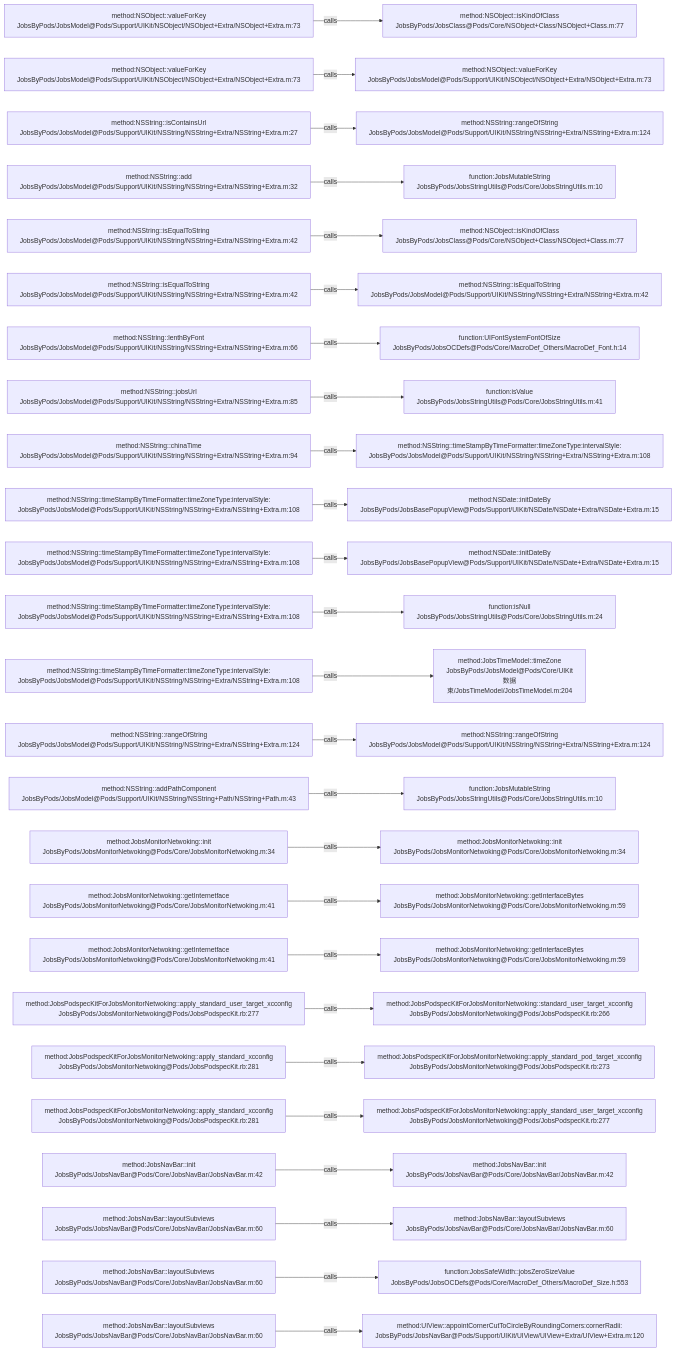
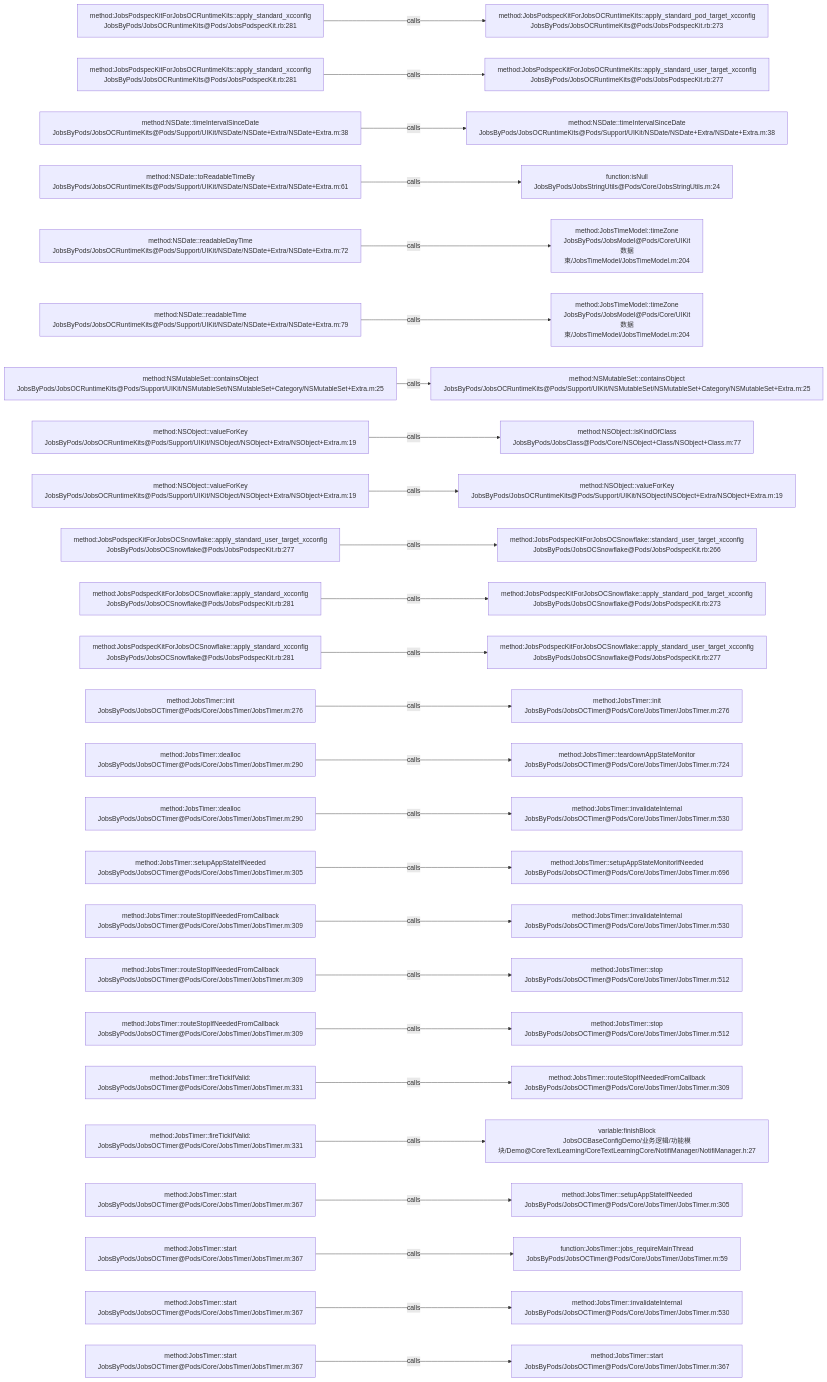
One commit to JobsKits/JobsOCBaseConfigDemo changed the diagram in .codegraph/codegraph.md/graphs/calls-144.md. Above: the diagram before and after it, drawn with Mermaid. The commit also changed 1026 other files, not shown here.

````diff
--- a/.codegraph/codegraph.md/graphs/calls-144.md
+++ b/.codegraph/codegraph.md/graphs/calls-144.md
@@ -13,78 +13,78 @@
 ```mermaid
 flowchart LR
-  S1["method:NSObject::valueForKey<br/>JobsByPods/JobsModel@Pods/Support/UIKit/NSObject/NSObject+Extra/NSObject+Extra.m:73"]
-  T1["method:NSObject::isKindOfClass<br/>JobsByPods/JobsClass@Pods/Core/NSObject+Class/NSObject+Class.m:77"]
+  S1["method:JobsPodspecKitForJobsOCRuntimeKits::apply_standard_xcconfig<br/>JobsByPods/JobsOCRuntimeKits@Pods/JobsPodspecKit.rb:281"]
+  T1["method:JobsPodspecKitForJobsOCRuntimeKits::apply_standard_pod_target_xcconfig<br/>JobsByPods/JobsOCRuntimeKits@Pods/JobsPodspecKit.rb:273"]
   S1 -->|calls| T1
-  S2["method:NSObject::valueForKey<br/>JobsByPods/JobsModel@Pods/Support/UIKit/NSObject/NSObject+Extra/NSObject+Extra.m:73"]
-  T2["method:NSObject::valueForKey<br/>JobsByPods/JobsModel@Pods/Support/UIKit/NSObject/NSObject+Extra/NSObject+Extra.m:73"]
+  S2["method:JobsPodspecKitForJobsOCRuntimeKits::apply_standard_xcconfig<br/>JobsByPods/JobsOCRuntimeKits@Pods/JobsPodspecKit.rb:281"]
+  T2["method:JobsPodspecKitForJobsOCRuntimeKits::apply_standard_user_target_xcconfig<br/>JobsByPods/JobsOCRuntimeKits@Pods/JobsPodspecKit.rb:277"]
   S2 -->|calls| T2
-  S3["method:NSString::isContainsUrl<br/>JobsByPods/JobsModel@Pods/Support/UIKit/NSString/NSString+Extra/NSString+Extra.m:27"]
-  T3["method:NSString::rangeOfString<br/>JobsByPods/JobsModel@Pods/Support/UIKit/NSString/NSString+Extra/NSString+Extra.m:124"]
+  S3["method:NSDate::timeIntervalSinceDate<br/>JobsByPods/JobsOCRuntimeKits@Pods/Support/UIKit/NSDate/NSDate+Extra/NSDate+Extra.m:38"]
+  T3["method:NSDate::timeIntervalSinceDate<br/>JobsByPods/JobsOCRuntimeKits@Pods/Support/UIKit/NSDate/NSDate+Extra/NSDate+Extra.m:38"]
   S3 -->|calls| T3
-  S4["method:NSString::add<br/>JobsByPods/JobsModel@Pods/Support/UIKit/NSString/NSString+Extra/NSString+Extra.m:32"]
-  T4["function:JobsMutableString<br/>JobsByPods/JobsStringUtils@Pods/Core/JobsStringUtils.m:10"]
+  S4["method:NSDate::toReadableTimeBy<br/>JobsByPods/JobsOCRuntimeKits@Pods/Support/UIKit/NSDate/NSDate+Extra/NSDate+Extra.m:61"]
+  T4["function:isNull<br/>JobsByPods/JobsStringUtils@Pods/Core/JobsStringUtils.m:24"]
   S4 -->|calls| T4
-  S5["method:NSString::isEqualToString<br/>JobsByPods/JobsModel@Pods/Support/UIKit/NSString/NSString+Extra/NSString+Extra.m:42"]
-  T5["method:NSObject::isKindOfClass<br/>JobsByPods/JobsClass@Pods/Core/NSObject+Class/NSObject+Class.m:77"]
+  S5["method:NSDate::readableDayTime<br/>JobsByPods/JobsOCRuntimeKits@Pods/Support/UIKit/NSDate/NSDate+Extra/NSDate+Extra.m:72"]
+  T5["method:JobsTimeModel::timeZone<br/>JobsByPods/JobsModel@Pods/Core/UIKit数据束/JobsTimeModel/JobsTimeModel.m:204"]
   S5 -->|calls| T5
-  S6["method:NSString::isEqualToString<br/>JobsByPods/JobsModel@Pods/Support/UIKit/NSString/NSString+Extra/NSString+Extra.m:42"]
-  T6["method:NSString::isEqualToString<br/>JobsByPods/JobsModel@Pods/Support/UIKit/NSString/NSString+Extra/NSString+Extra.m:42"]
+  S6["method:NSDate::readableTime<br/>JobsByPods/JobsOCRuntimeKits@Pods/Support/UIKit/NSDate/NSDate+Extra/NSDate+Extra.m:79"]
+  T6["method:JobsTimeModel::timeZone<br/>JobsByPods/JobsModel@Pods/Core/UIKit数据束/JobsTimeModel/JobsTimeModel.m:204"]
   S6 -->|calls| T6
-  S7["method:NSString::lenthByFont<br/>JobsByPods/JobsModel@Pods/Support/UIKit/NSString/NSString+Extra/NSString+Extra.m:66"]
-  T7["function:UIFontSystemFontOfSize<br/>JobsByPods/JobsOCDefs@Pods/Core/MacroDef_Others/MacroDef_Font.h:14"]
+  S7["method:NSMutableSet::containsObject<br/>JobsByPods/JobsOCRuntimeKits@Pods/Support/UIKit/NSMutableSet/NSMutableSet+Category/NSMutableSet+Extra.m:25"]
+  T7["method:NSMutableSet::containsObject<br/>JobsByPods/JobsOCRuntimeKits@Pods/Support/UIKit/NSMutableSet/NSMutableSet+Category/NSMutableSet+Extra.m:25"]
   S7 -->|calls| T7
-  S8["method:NSString::jobsUrl<br/>JobsByPods/JobsModel@Pods/Support/UIKit/NSString/NSString+Extra/NSString+Extra.m:85"]
-  T8["function:isValue<br/>JobsByPods/JobsStringUtils@Pods/Core/JobsStringUtils.m:41"]
+  S8["method:NSObject::valueForKey<br/>JobsByPods/JobsOCRuntimeKits@Pods/Support/UIKit/NSObject/NSObject+Extra/NSObject+Extra.m:19"]
+  T8["method:NSObject::isKindOfClass<br/>JobsByPods/JobsClass@Pods/Core/NSObject+Class/NSObject+Class.m:77"]
   S8 -->|calls| T8
-  S9["method:NSString::chinaTime<br/>JobsByPods/JobsModel@Pods/Support/UIKit/NSString/NSString+Extra/NSString+Extra.m:94"]
-  T9["method:NSString::timeStampByTimeFormatter:timeZoneType:intervalStyle:<br/>JobsByPods/JobsModel@Pods/Support/UIKit/NSString/NSString+Extra/NSString+Extra.m:108"]
+  S9["method:NSObject::valueForKey<br/>JobsByPods/JobsOCRuntimeKits@Pods/Support/UIKit/NSObject/NSObject+Extra/NSObject+Extra.m:19"]
+  T9["method:NSObject::valueForKey<br/>JobsByPods/JobsOCRuntimeKits@Pods/Support/UIKit/NSObject/NSObject+Extra/NSObject+Extra.m:19"]
   S9 -->|calls| T9
-  S10["method:NSString::timeStampByTimeFormatter:timeZoneType:intervalStyle:<br/>JobsByPods/JobsModel@Pods/Support/UIKit/NSString/NSString+Extra/NSString+Extra.m:108"]
-  T10["method:NSDate::initDateBy<br/>JobsByPods/JobsBasePopupView@Pods/Support/UIKit/NSDate/NSDate+Extra/NSDate+Extra.m:15"]
+  S10["method:JobsPodspecKitForJobsOCSnowflake::apply_standard_user_target_xcconfig<br/>JobsByPods/JobsOCSnowflake@Pods/JobsPodspecKit.rb:277"]
+  T10["method:JobsPodspecKitForJobsOCSnowflake::standard_user_target_xcconfig<br/>JobsByPods/JobsOCSnowflake@Pods/JobsPodspecKit.rb:266"]
   S10 -->|calls| T10
-  S11["method:NSString::timeStampByTimeFormatter:timeZoneType:intervalStyle:<br/>JobsByPods/JobsModel@Pods/Support/UIKit/NSString/NSString+Extra/NSString+Extra.m:108"]
-  T11["method:NSDate::initDateBy<br/>JobsByPods/JobsBasePopupView@Pods/Support/UIKit/NSDate/NSDate+Extra/NSDate+Extra.m:15"]
+  S11["method:JobsPodspecKitForJobsOCSnowflake::apply_standard_xcconfig<br/>JobsByPods/JobsOCSnowflake@Pods/JobsPodspecKit.rb:281"]
+  T11["method:JobsPodspecKitForJobsOCSnowflake::apply_standard_pod_target_xcconfig<br/>JobsByPods/JobsOCSnowflake@Pods/JobsPodspecKit.rb:273"]
   S11 -->|calls| T11
-  S12["method:NSString::timeStampByTimeFormatter:timeZoneType:intervalStyle:<br/>JobsByPods/JobsModel@Pods/Support/UIKit/NSString/NSString+Extra/NSString+Extra.m:108"]
-  T12["function:isNull<br/>JobsByPods/JobsStringUtils@Pods/Core/JobsStringUtils.m:24"]
+  S12["method:JobsPodspecKitForJobsOCSnowflake::apply_standard_xcconfig<br/>JobsByPods/JobsOCSnowflake@Pods/JobsPodspecKit.rb:281"]
+  T12["method:JobsPodspecKitForJobsOCSnowflake::apply_standard_user_target_xcconfig<br/>JobsByPods/JobsOCSnowflake@Pods/JobsPodspecKit.rb:277"]
   S12 -->|calls| T12
-  S13["method:NSString::timeStampByTimeFormatter:timeZoneType:intervalStyle:<br/>JobsByPods/JobsModel@Pods/Support/UIKit/NSString/NSString+Extra/NSString+Extra.m:108"]
-  T13["method:JobsTimeModel::timeZone<br/>JobsByPods/JobsModel@Pods/Core/UIKit数据束/JobsTimeModel/JobsTimeModel.m:204"]
+  S13["method:JobsTimer::init<br/>JobsByPods/JobsOCTimer@Pods/Core/JobsTimer/JobsTimer.m:276"]
+  T13["method:JobsTimer::init<br/>JobsByPods/JobsOCTimer@Pods/Core/JobsTimer/JobsTimer.m:276"]
   S13 -->|calls| T13
-  S14["method:NSString::rangeOfString<br/>JobsByPods/JobsModel@Pods/Support/UIKit/NSString/NSString+Extra/NSString+Extra.m:124"]
-  T14["method:NSString::rangeOfString<br/>JobsByPods/JobsModel@Pods/Support/UIKit/NSString/NSString+Extra/NSString+Extra.m:124"]
+  S14["method:JobsTimer::dealloc<br/>JobsByPods/JobsOCTimer@Pods/Core/JobsTimer/JobsTimer.m:290"]
+  T14["method:JobsTimer::teardownAppStateMonitor<br/>JobsByPods/JobsOCTimer@Pods/Core/JobsTimer/JobsTimer.m:724"]
   S14 -->|calls| T14
-  S15["method:NSString::addPathComponent<br/>JobsByPods/JobsModel@Pods/Support/UIKit/NSString/NSString+Path/NSString+Path.m:43"]
-  T15["function:JobsMutableString<br/>JobsByPods/JobsStringUtils@Pods/Core/JobsStringUtils.m:10"]
+  S15["method:JobsTimer::dealloc<br/>JobsByPods/JobsOCTimer@Pods/Core/JobsTimer/JobsTimer.m:290"]
+  T15["method:JobsTimer::invalidateInternal<br/>JobsByPods/JobsOCTimer@Pods/Core/JobsTimer/JobsTimer.m:530"]
   S15 -->|calls| T15
-  S16["method:JobsMonitorNetwoking::init<br/>JobsByPods/JobsMonitorNetwoking@Pods/Core/JobsMonitorNetwoking.m:34"]
-  T16["method:JobsMonitorNetwoking::init<br/>JobsByPods/JobsMonitorNetwoking@Pods/Core/JobsMonitorNetwoking.m:34"]
+  S16["method:JobsTimer::setupAppStateIfNeeded<br/>JobsByPods/JobsOCTimer@Pods/Core/JobsTimer/JobsTimer.m:305"]
+  T16["method:JobsTimer::setupAppStateMonitorIfNeeded<br/>JobsByPods/JobsOCTimer@Pods/Core/JobsTimer/JobsTimer.m:696"]
   S16 -->|calls| T16
-  S17["method:JobsMonitorNetwoking::getInternetface<br/>JobsByPods/JobsMonitorNetwoking@Pods/Core/JobsMonitorNetwoking.m:41"]
-  T17["method:JobsMonitorNetwoking::getInterfaceBytes<br/>JobsByPods/JobsMonitorNetwoking@Pods/Core/JobsMonitorNetwoking.m:59"]
+  S17["method:JobsTimer::routeStopIfNeededFromCallback<br/>JobsByPods/JobsOCTimer@Pods/Core/JobsTimer/JobsTimer.m:309"]
+  T17["method:JobsTimer::invalidateInternal<br/>JobsByPods/JobsOCTimer@Pods/Core/JobsTimer/JobsTimer.m:530"]
   S17 -->|calls| T17
-  S18["method:JobsMonitorNetwoking::getInternetface<br/>JobsByPods/JobsMonitorNetwoking@Pods/Core/JobsMonitorNetwoking.m:41"]
-  T18["method:JobsMonitorNetwoking::getInterfaceBytes<br/>JobsByPods/JobsMonitorNetwoking@Pods/Core/JobsMonitorNetwoking.m:59"]
+  S18["method:JobsTimer::routeStopIfNeededFromCallback<br/>JobsByPods/JobsOCTimer@Pods/Core/JobsTimer/JobsTimer.m:309"]
+  T18["method:JobsTimer::stop<br/>JobsByPods/JobsOCTimer@Pods/Core/JobsTimer/JobsTimer.m:512"]
   S18 -->|calls| T18
-  S19["method:JobsPodspecKitForJobsMonitorNetwoking::apply_standard_user_target_xcconfig<br/>JobsByPods/JobsMonitorNetwoking@Pods/JobsPodspecKit.rb:277"]
-  T19["method:JobsPodspecKitForJobsMonitorNetwoking::standard_user_target_xcconfig<br/>JobsByPods/JobsMonitorNetwoking@Pods/JobsPodspecKit.rb:266"]
+  S19["method:JobsTimer::routeStopIfNeededFromCallback<br/>JobsByPods/JobsOCTimer@Pods/Core/JobsTimer/JobsTimer.m:309"]
+  T19["method:JobsTimer::stop<br/>JobsByPods/JobsOCTimer@Pods/Core/JobsTimer/JobsTimer.m:512"]
   S19 -->|calls| T19
-  S20["method:JobsPodspecKitForJobsMonitorNetwoking::apply_standard_xcconfig<br/>JobsByPods/JobsMonitorNetwoking@Pods/JobsPodspecKit.rb:281"]
-  T20["method:JobsPodspecKitForJobsMonitorNetwoking::apply_standard_pod_target_xcconfig<br/>JobsByPods/JobsMonitorNetwoking@Pods/JobsPodspecKit.rb:273"]
+  S20["method:JobsTimer::fireTickIfValid:<br/>JobsByPods/JobsOCTimer@Pods/Core/JobsTimer/JobsTimer.m:331"]
+  T20["method:JobsTimer::routeStopIfNeededFromCallback<br/>JobsByPods/JobsOCTimer@Pods/Core/JobsTimer/JobsTimer.m:309"]
   S20 -->|calls| T20
-  S21["method:JobsPodspecKitForJobsMonitorNetwoking::apply_standard_xcconfig<br/>JobsByPods/JobsMonitorNetwoking@Pods/JobsPodspecKit.rb:281"]
-  T21["method:JobsPodspecKitForJobsMonitorNetwoking::apply_standard_user_target_xcconfig<br/>JobsByPods/JobsMonitorNetwoking@Pods/JobsPodspecKit.rb:277"]
+  S21["method:JobsTimer::fireTickIfValid:<br/>JobsByPods/JobsOCTimer@Pods/Core/JobsTimer/JobsTimer.m:331"]
+  T21["variable:finishBlock<br/>JobsOCBaseConfigDemo/业务逻辑/功能模块/Demo@CoreTextLearning/CoreTextLearningCore/NotifiManager/NotifiManager.h:27"]
   S21 -->|calls| T21
-  S22["method:JobsNavBar::init<br/>JobsByPods/JobsNavBar@Pods/Core/JobsNavBar/JobsNavBar.m:42"]
-  T22["method:JobsNavBar::init<br/>JobsByPods/JobsNavBar@Pods/Core/JobsNavBar/JobsNavBar.m:42"]
+  S22["method:JobsTimer::start<br/>JobsByPods/JobsOCTimer@Pods/Core/JobsTimer/JobsTimer.m:367"]
+  T22["method:JobsTimer::setupAppStateIfNeeded<br/>JobsByPods/JobsOCTimer@Pods/Core/JobsTimer/JobsTimer.m:305"]
   S22 -->|calls| T22
-  S23["method:JobsNavBar::layoutSubviews<br/>JobsByPods/JobsNavBar@Pods/Core/JobsNavBar/JobsNavBar.m:60"]
-  T23["method:JobsNavBar::layoutSubviews<br/>JobsByPods/JobsNavBar@Pods/Core/JobsNavBar/JobsNavBar.m:60"]
+  S23["method:JobsTimer::start<br/>JobsByPods/JobsOCTimer@Pods/Core/JobsTimer/JobsTimer.m:367"]
+  T23["function:JobsTimer::jobs_requireMainThread<br/>JobsByPods/JobsOCTimer@Pods/Core/JobsTimer/JobsTimer.m:59"]
   S23 -->|calls| T23
-  S24["method:JobsNavBar::layoutSubviews<br/>JobsByPods/JobsNavBar@Pods/Core/JobsNavBar/JobsNavBar.m:60"]
-  T24["function:JobsSafeWidth::jobsZeroSizeValue<br/>JobsByPods/JobsOCDefs@Pods/Core/MacroDef_Others/MacroDef_Size.h:553"]
+  S24["method:JobsTimer::start<br/>JobsByPods/JobsOCTimer@Pods/Core/JobsTimer/JobsTimer.m:367"]
+  T24["method:JobsTimer::invalidateInternal<br/>JobsByPods/JobsOCTimer@Pods/Core/JobsTimer/JobsTimer.m:530"]
   S24 -->|calls| T24
-  S25["method:JobsNavBar::layoutSubviews<br/>JobsByPods/JobsNavBar@Pods/Core/JobsNavBar/JobsNavBar.m:60"]
-  T25["method:UIView::appointCornerCutToCircleByRoundingCorners:cornerRadii:<br/>JobsByPods/JobsNavBar@Pods/Support/UIKit/UIView/UIView+Extra/UIView+Extra.m:120"]
+  S25["method:JobsTimer::start<br/>JobsByPods/JobsOCTimer@Pods/Core/JobsTimer/JobsTimer.m:367"]
+  T25["method:JobsTimer::start<br/>JobsByPods/JobsOCTimer@Pods/Core/JobsTimer/JobsTimer.m:367"]
   S25 -->|calls| T25
 ```
````
